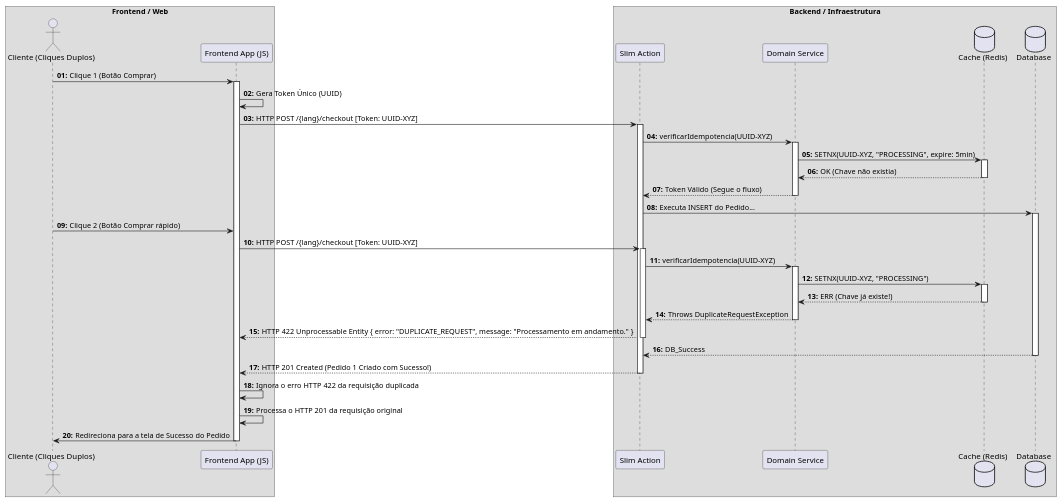
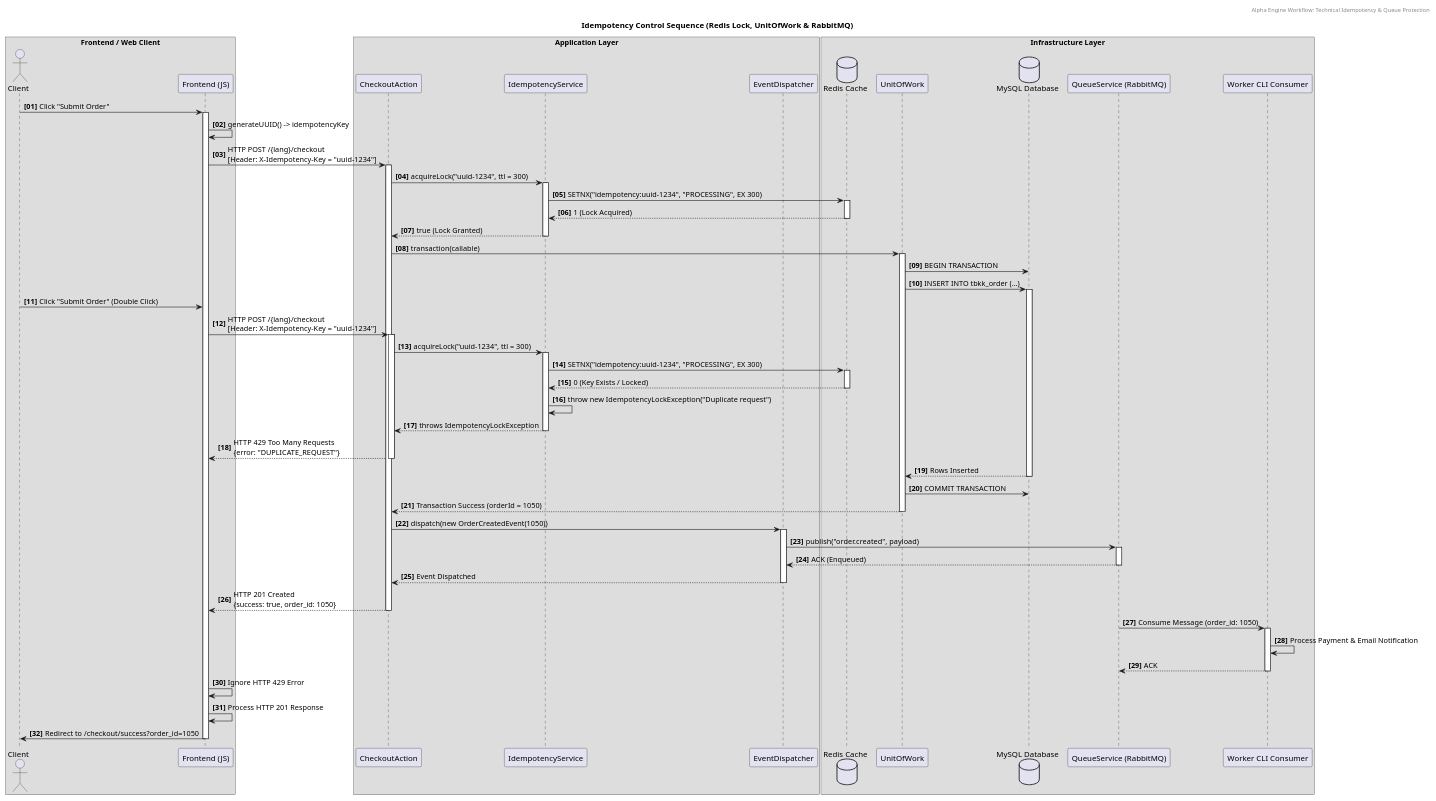
One commit to Wattrelos/Alpha_Engine changed the diagram in docs/workflows/sequence_diagrams/falha_idempotencia.puml. Above: the diagram before and after it, drawn with PlantUML. The commit also changed 65 other files, not shown here.

```diff
--- a/docs/workflows/sequence_diagrams/falha_idempotencia.puml
+++ b/docs/workflows/sequence_diagrams/falha_idempotencia.puml
@@ -1,65 +1,96 @@
-@startuml "Idempotency Failure Flow"
-autonumber "<b>00:"
+@startuml
+autonumber "<b>[00]"
 
-box "Frontend / Web"
-    actor "Cliente (Cliques Duplos)" as Cliente
-    participant "Frontend App (JS)" as Front
+header "Alpha Engine Workflow: Technical Idempotency & Queue Protection"
+title "Idempotency Control Sequence (Redis Lock, UnitOfWork & RabbitMQ)"
+
+box "Frontend / Web Client"
+    actor "Client" as Client
+    participant "Frontend (JS)" as Front
 end box
 
-box "Backend / Infraestrutura"
-    participant "Slim Action" as Action
-    participant "Domain Service" as Domain
-    database "Cache (Redis)" as Cache
-    database "Database" as DB
+box "Application Layer"
+    participant "CheckoutAction" as Action
+    participant "IdempotencyService" as Idempotency
+    participant "EventDispatcher" as Events
 end box
 
-' --- PRIMEIRA REQUISICAO (A caminho) ---
-Cliente -> Front : Clique 1 (Botão Comprar)
+box "Infrastructure Layer"
+    database "Redis Cache" as Redis
+    participant "UnitOfWork" as UoW
+    database "MySQL Database" as MySQL
+    participant "QueueService (RabbitMQ)" as RabbitMQ
+    participant "Worker CLI Consumer" as Worker
+end box
+
+' === FIRST REQUEST (ORIGINAL) ===
+Client -> Front : Click "Submit Order"
 activate Front
-    Front -> Front : Gera Token Único (UUID)
-    Front -> Action : HTTP POST /{lang}/checkout [Token: UUID-XYZ]
+    Front -> Front : generateUUID() -> idempotencyKey
+    Front -> Action : HTTP POST /{lang}/checkout\n[Header: X-Idempotency-Key = "uuid-1234"]
     activate Action
-        Action -> Domain : verificarIdempotencia(UUID-XYZ)
-        activate Domain
-            Domain -> Cache : SETNX(UUID-XYZ, "PROCESSING", expire: 5min)
-            activate Cache
-                Cache --> Domain : OK (Chave não existia)
-            deactivate Cache
-            Domain --> Action : Token Válido (Segue o fluxo)
-        deactivate Domain
         
-        ' Simulando lentidão ou processamento normal da requisição A
-        Action -> DB : Executa INSERT do Pedido...
-        activate DB
+        Action -> Idempotency : acquireLock("uuid-1234", ttl = 300)
+        activate Idempotency
+            Idempotency -> Redis : SETNX("idempotency:uuid-1234", "PROCESSING", EX 300)
+            activate Redis
+                Redis --> Idempotency : 1 (Lock Acquired)
+            deactivate Redis
+            Idempotency --> Action : true (Lock Granted)
+        deactivate Idempotency
         
-' --- SEGUNDA REQUISICAO (O Clique Duplo) ---
-Cliente -> Front : Clique 2 (Botão Comprar rápido)
-    Front -> Action : HTTP POST /{lang}/checkout [Token: UUID-XYZ]
+        Action -> UoW : transaction(callable)
+        activate UoW
+            UoW -> MySQL : BEGIN TRANSACTION
+            UoW -> MySQL : INSERT INTO tbkk_order (...)
+            activate MySQL
+
+' === SECOND CONCURRENT REQUEST (DOUBLE CLICK) ===
+Client -> Front : Click "Submit Order" (Double Click)
+    Front -> Action : HTTP POST /{lang}/checkout\n[Header: X-Idempotency-Key = "uuid-1234"]
     activate Action
-        Action -> Domain : verificarIdempotencia(UUID-XYZ)
-        activate Domain
-            Domain -> Cache : SETNX(UUID-XYZ, "PROCESSING")
-            activate Cache
-                Cache --> Domain : ERR (Chave já existe!)
-            deactivate Cache
-            
-            ' O domínio identifica a duplicidade e barra imediatamente
-            Domain --> Action : Throws DuplicateRequestException
-        deactivate Domain
+        Action -> Idempotency : acquireLock("uuid-1234", ttl = 300)
+        activate Idempotency
+            Idempotency -> Redis : SETNX("idempotency:uuid-1234", "PROCESSING", EX 300)
+            activate Redis
+                Redis --> Idempotency : 0 (Key Exists / Locked)
+            deactivate Redis
+            Idempotency -> Idempotency : throw new IdempotencyLockException("Duplicate request")
+            Idempotency --> Action : throws IdempotencyLockException
+        deactivate Idempotency
         
-        ' Backend responde a requisição B com erro controlado
-        Action --> Front : HTTP 422 Unprocessable Entity { error: "DUPLICATE_REQUEST", message: "Processamento em andamento." }
+        Action --> Front : HTTP 429 Too Many Requests\n{error: "DUPLICATE_REQUEST"}
     deactivate Action
 
-        ' Conclusão tardia da primeira requisição A
-        DB --> Action : DB_Success
-        deactivate DB
-        Action --> Front : HTTP 201 Created (Pedido 1 Criado com Sucesso!)
+' === FIRST REQUEST TRANSACTION COMPLETION & MESSAGING ===
+            MySQL --> UoW : Rows Inserted
+            deactivate MySQL
+            UoW -> MySQL : COMMIT TRANSACTION
+            UoW --> Action : Transaction Success (orderId = 1050)
+        deactivate UoW
+        
+        Action -> Events : dispatch(new OrderCreatedEvent(1050))
+        activate Events
+            Events -> RabbitMQ : publish("order.created", payload)
+            activate RabbitMQ
+                RabbitMQ --> Events : ACK (Enqueued)
+            deactivate RabbitMQ
+            Events --> Action : Event Dispatched
+        deactivate Events
+        
+        Action --> Front : HTTP 201 Created\n{success: true, order_id: 1050}
     deactivate Action
 
-    ' TRATAMENTO NO FRONTEND
-    Front -> Front : Ignora o erro HTTP 422 da requisição duplicada
-    Front -> Front : Processa o HTTP 201 da requisição original
-    Front -> Cliente : Redireciona para a tela de Sucesso do Pedido
+    ' ASYNCHRONOUS CONSUMPTION BY WORKER
+    RabbitMQ -> Worker : Consume Message (order_id: 1050)
+    activate Worker
+        Worker -> Worker : Process Payment & Email Notification
+        Worker --> RabbitMQ : ACK
+    deactivate Worker
+
+    Front -> Front : Ignore HTTP 429 Error
+    Front -> Front : Process HTTP 201 Response
+    Front -> Client : Redirect to /checkout/success?order_id=1050
 deactivate Front
+
 @enduml
```
